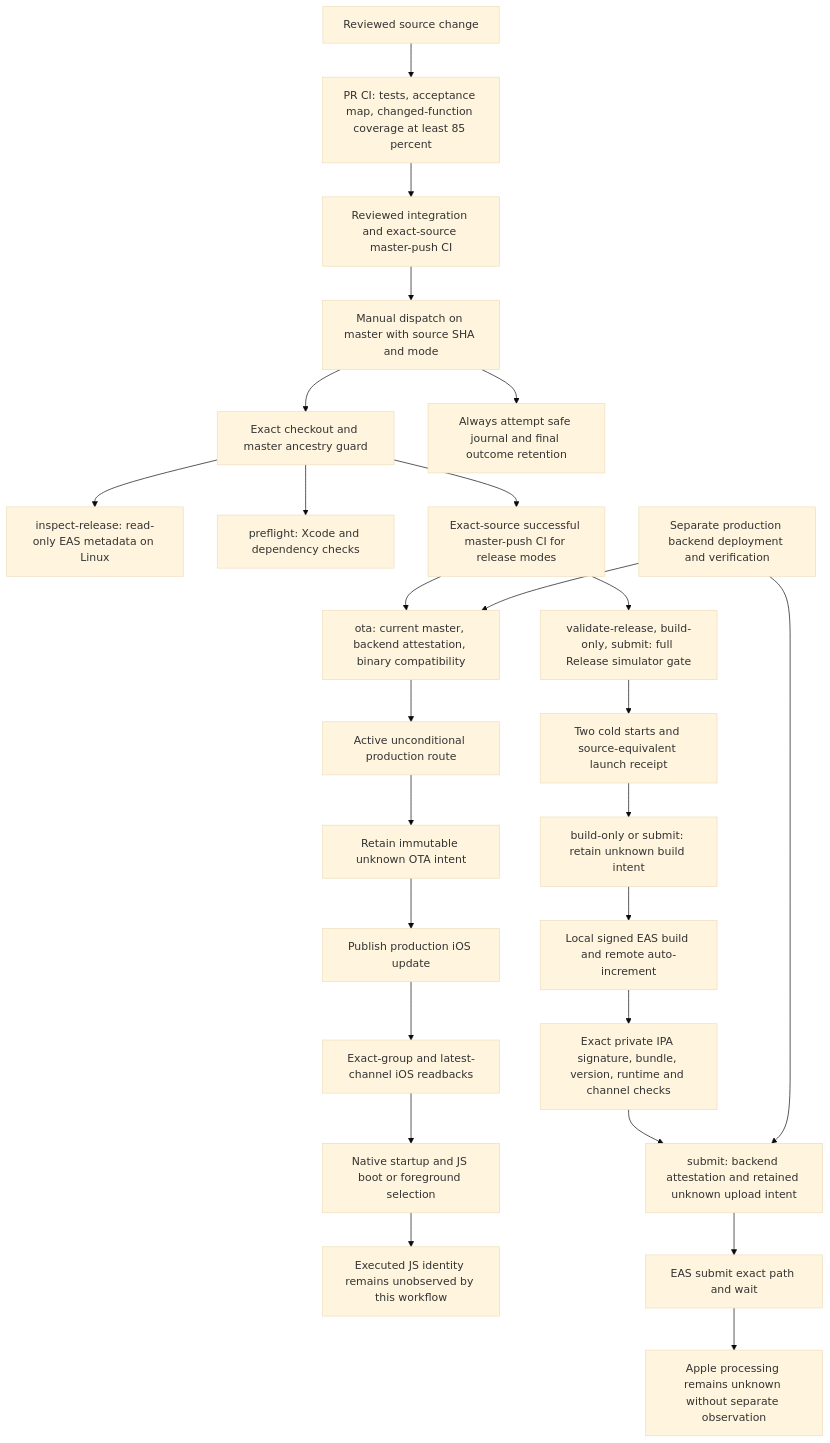
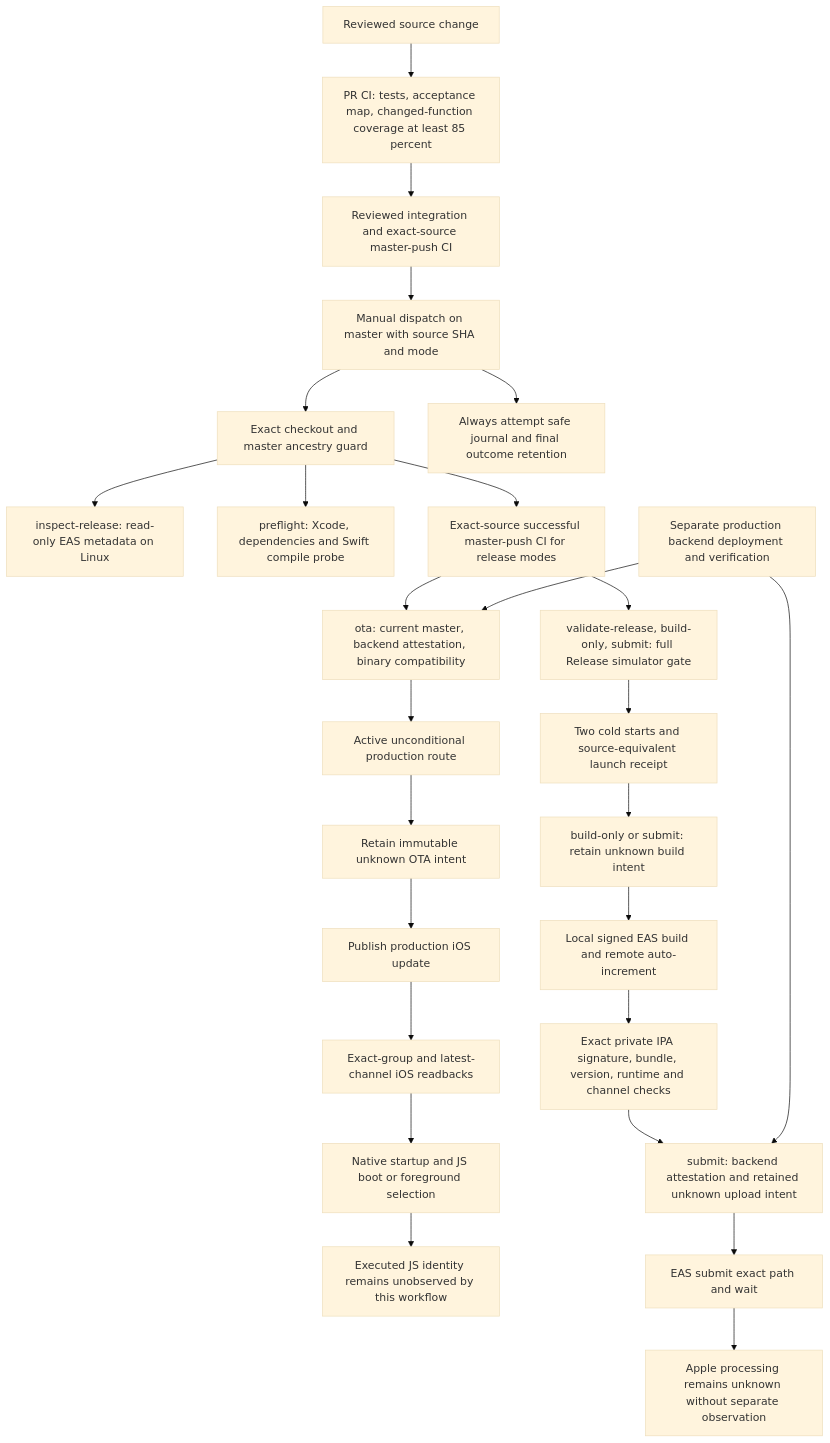
The diagram in docs/ios-cd-release.md (Yupoer/hither_app), drawn with Mermaid (base theme) before and after one commit. The commit also changed other lines of this file and 2 other files, not shown here.

Commit message:
feat(cd): compile a small Swift probe in preflight
Exercise the iOS Simulator SDK and patched Swift dependency without building the full App in the preflight mode.

````diff
--- a/docs/ios-cd-release.md
+++ b/docs/ios-cd-release.md
@@ -39,28 +39,28 @@
 ```mermaid
 flowchart TD
   change[Reviewed source change] --> pr[PR CI: tests, acceptance map, changed-function coverage at least 85 percent]
   pr --> master[Reviewed integration and exact-source master-push CI]
   master --> dispatch[Manual dispatch on master with source SHA and mode]
   dispatch --> trust[Exact checkout and master ancestry guard]
   trust --> inspect[inspect-release: read-only EAS metadata on Linux]
-  trust --> preflight[preflight: Xcode and dependency checks]
+  trust --> preflight[preflight: Xcode, dependencies and Swift compile probe]
   trust --> admission[Exact-source successful master-push CI for release modes]
   admission --> ota[ota: current master, backend attestation, binary compatibility]
   admission --> launch[validate-release, build-only, submit: full Release simulator gate]
   ota --> route[Active unconditional production route]
   route --> otaIntent[Retain immutable unknown OTA intent]
   otaIntent --> publish[Publish production iOS update]
   publish --> readback[Exact-group and latest-channel iOS readbacks]
   readback --> client[Native startup and JS boot or foreground selection]
   client --> js[Executed JS identity remains unobserved by this workflow]
   launch --> launchReceipt[Two cold starts and source-equivalent launch receipt]
   launchReceipt --> buildIntent[build-only or submit: retain unknown build intent]
   buildIntent --> build[Local signed EAS build and remote auto-increment]
   build --> ipa[Exact private IPA signature, bundle, version, runtime and channel checks]
   ipa --> submitIntent[submit: backend attestation and retained unknown upload intent]
   submitIntent --> upload[EAS submit exact path and wait]
   upload --> apple[Apple processing remains unknown without separate observation]
   dispatch --> outcome[Always attempt safe journal and final outcome retention]
   backend[Separate production backend deployment and verification] --> ota
   backend --> submitIntent
 ```
````
